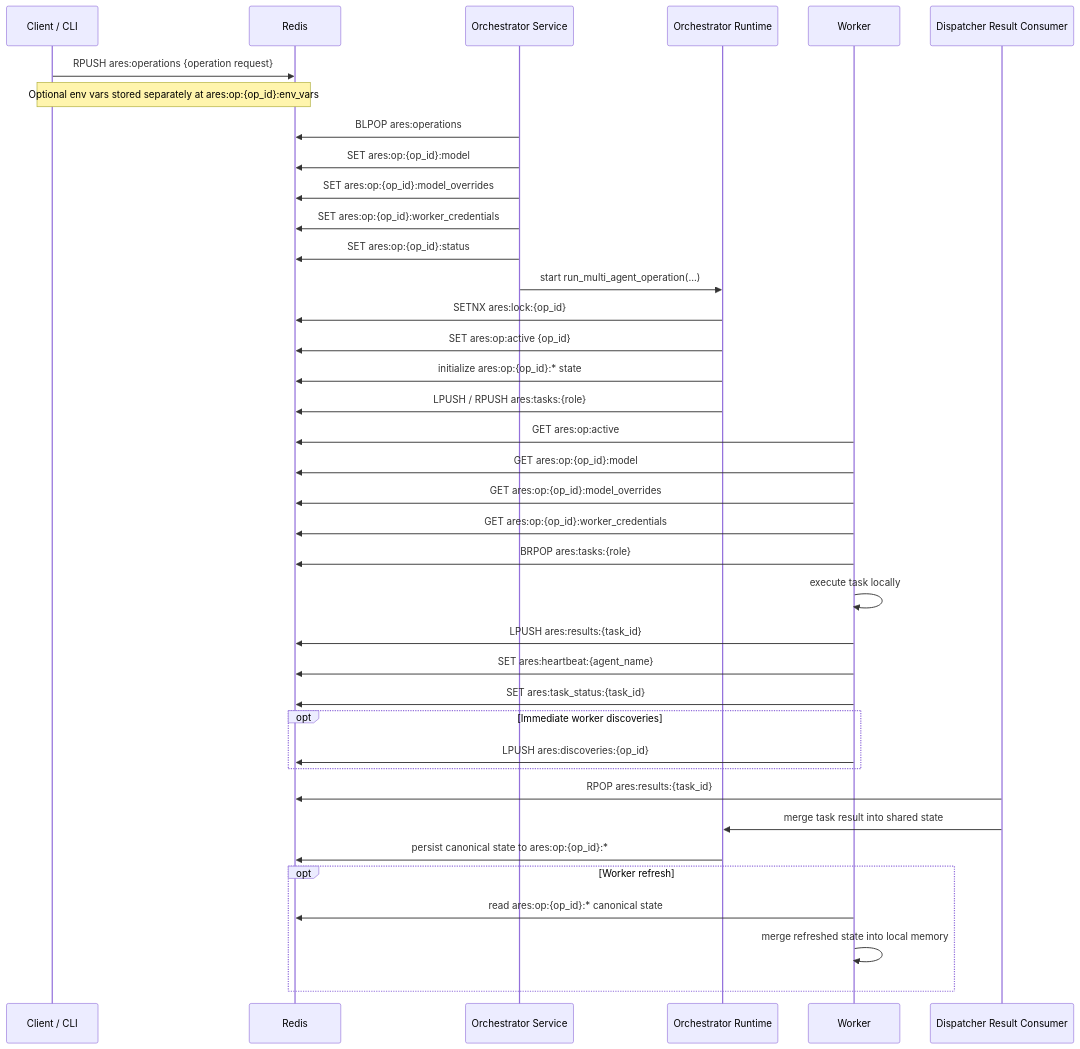
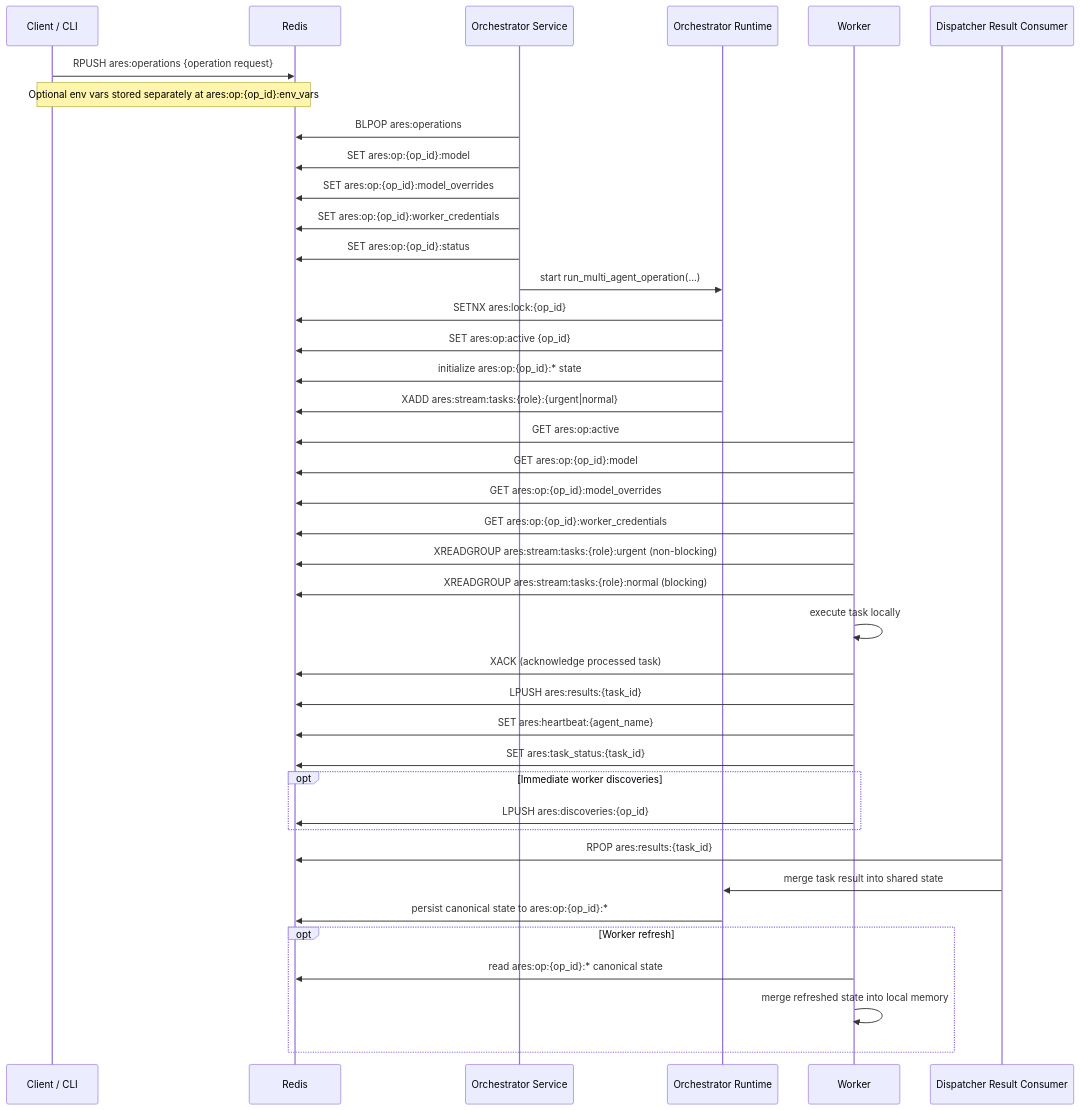
Before and after one commit to dreadnode/ares: the diagram in docs/red-redis-architecture.md, drawn with Mermaid. The commit also changed other lines of this file and 41 other files, not shown here.

````diff
--- a/docs/red-redis-architecture.md
+++ b/docs/red-redis-architecture.md
@@ -28,48 +28,50 @@
 ```mermaid
 sequenceDiagram
     participant C as Client / CLI
     participant R as Redis
     participant OS as Orchestrator Service
     participant O as Orchestrator Runtime
     participant W as Worker
     participant D as Dispatcher Result Consumer
 
     C->>R: RPUSH ares:operations {operation request}
     Note over C,R: Optional env vars stored separately at ares:op:{op_id}:env_vars
 
     OS->>R: BLPOP ares:operations
     OS->>R: SET ares:op:{op_id}:model
     OS->>R: SET ares:op:{op_id}:model_overrides
     OS->>R: SET ares:op:{op_id}:worker_credentials
     OS->>R: SET ares:op:{op_id}:status
 
     OS->>O: start run_multi_agent_operation(...)
     O->>R: SETNX ares:lock:{op_id}
     O->>R: SET ares:op:active {op_id}
     O->>R: initialize ares:op:{op_id}:* state
 
-    O->>R: LPUSH / RPUSH ares:tasks:{role}
+    O->>R: XADD ares:stream:tasks:{role}:{urgent|normal}
 
     W->>R: GET ares:op:active
     W->>R: GET ares:op:{op_id}:model
     W->>R: GET ares:op:{op_id}:model_overrides
     W->>R: GET ares:op:{op_id}:worker_credentials
-    W->>R: BRPOP ares:tasks:{role}
+    W->>R: XREADGROUP ares:stream:tasks:{role}:urgent (non-blocking)
+    W->>R: XREADGROUP ares:stream:tasks:{role}:normal (blocking)
     W->>W: execute task locally
+    W->>R: XACK (acknowledge processed task)
     W->>R: LPUSH ares:results:{task_id}
     W->>R: SET ares:heartbeat:{agent_name}
     W->>R: SET ares:task_status:{task_id}
 
     opt Immediate worker discoveries
         W->>R: LPUSH ares:discoveries:{op_id}
     end
 
     D->>R: RPOP ares:results:{task_id}
     D->>O: merge task result into shared state
     O->>R: persist canonical state to ares:op:{op_id}:*
 
     opt Worker refresh
         W->>R: read ares:op:{op_id}:* canonical state
         W->>W: merge refreshed state into local memory
     end
 ```
````
